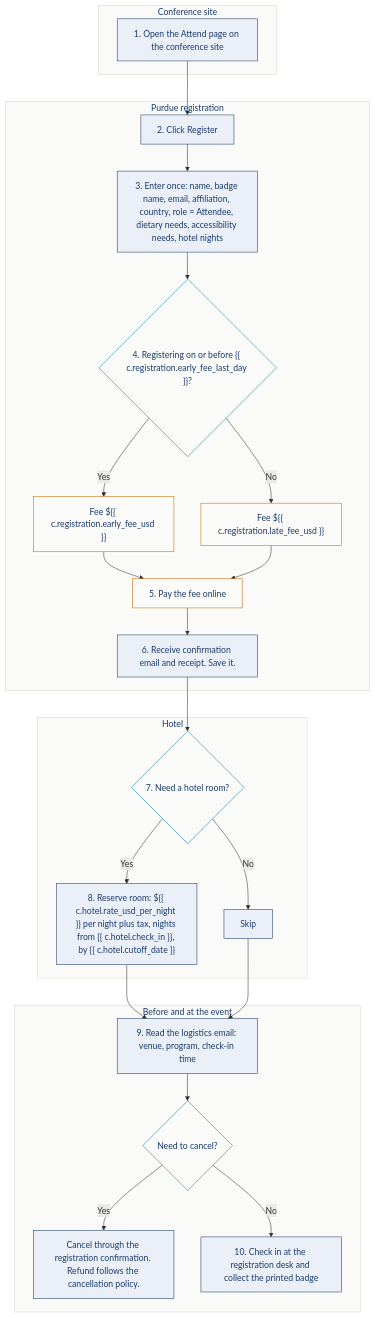
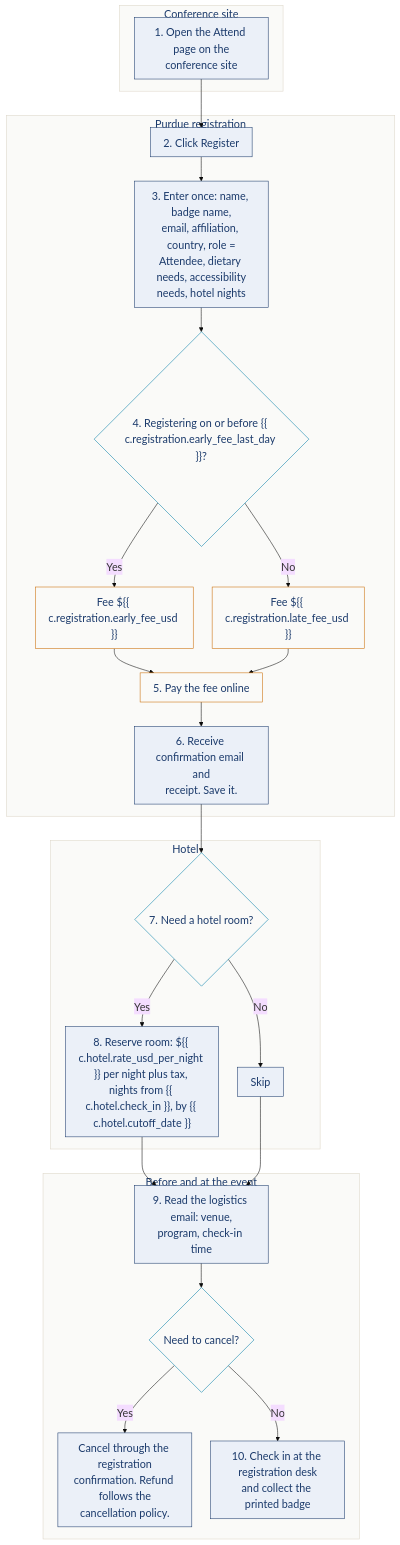
One commit to serg696f/computational-imaging.github.io changed the diagram in workflows/attendee.md. Above: the diagram before and after it, drawn with Mermaid. The commit also changed other lines of this file and 2 other files, not shown here.

Commit message:
fixing font size and colors

````diff
--- a/workflows/attendee.md
+++ b/workflows/attendee.md
@@ -15,45 +22,46 @@
 ```mermaid
+%%{init: {"theme":"base","themeVariables":{"fontSize":"20px","fontFamily":"Space Grotesk, sans-serif"},"flowchart":{"useMaxWidth":false,"nodeSpacing":35,"rankSpacing":45,"padding":12}}}%%
 flowchart TD
   subgraph SITE["Conference site"]
-    A1["1. Open the Attend page on the conference site"]
+    A1["1. Open the Attend page on the<br/>conference site"]
   end
   subgraph REG["Purdue registration"]
     A2["2. Click Register"]
-    A3["3. Enter once: name, badge name, email, affiliation, country, role = Attendee, dietary needs, accessibility needs, hotel nights"]
+    A3["3. Enter once: name, badge name,<br/>email, affiliation, country, role =<br/>Attendee, dietary needs, accessibility<br/>needs, hotel nights"]
     D1{"4. Registering on or before {{ c.registration.early_fee_last_day }}?"}
     F1["Fee ${{ c.registration.early_fee_usd }}"]
     F2["Fee ${{ c.registration.late_fee_usd }}"]
     A4["5. Pay the fee online"]
-    A5["6. Receive confirmation email and receipt. Save it."]
+    A5["6. Receive confirmation email and<br/>receipt. Save it."]
   end
   subgraph HOTEL["Hotel"]
     D2{"7. Need a hotel room?"}
     H1["8. Reserve room: ${{ c.hotel.rate_usd_per_night }} per night plus tax, nights from {{ c.hotel.check_in }}, by {{ c.hotel.cutoff_date }}"]
     H2["Skip"]
   end
   subgraph EVENT["Before and at the event"]
-    A6["9. Read the logistics email: venue, program, check-in time"]
+    A6["9. Read the logistics email: venue,<br/>program, check-in time"]
     D3{"Need to cancel?"}
-    C1["Cancel through the registration confirmation. Refund follows the cancellation policy."]
-    A7["10. Check in at the registration desk and collect the printed badge"]
+    C1["Cancel through the registration<br/>confirmation. Refund follows the<br/>cancellation policy."]
+    A7["10. Check in at the registration desk<br/>and collect the printed badge"]
   end
   A1 --> A2 --> A3 --> D1
   D1 -- Yes --> F1 --> A4
   D1 -- No --> F2 --> A4
   A4 --> A5 --> D2
   D2 -- Yes --> H1 --> A6
   D2 -- No --> H2 --> A6
   A6 --> D3
   D3 -- Yes --> C1
   D3 -- No --> A7
   style SITE fill:#FAFAF8,stroke:#DDD6C8,color:#1B3A6B
   style REG fill:#FAFAF8,stroke:#DDD6C8,color:#1B3A6B
   style HOTEL fill:#FAFAF8,stroke:#DDD6C8,color:#1B3A6B
   style EVENT fill:#FAFAF8,stroke:#DDD6C8,color:#1B3A6B
   classDef step fill:#EBF0F8,stroke:#1B3A6B,color:#1B3A6B;
   classDef pay fill:#FAFAF8,stroke:#C96A00,color:#1B3A6B;
   classDef gate fill:#FAFAF8,stroke:#007EA8,color:#1B3A6B;
   class A1,A2,A3,A5,A6,A7,H1,H2,C1 step;
   class F1,F2,A4 pay;
   class D1,D2,D3 gate;
 ```
````
